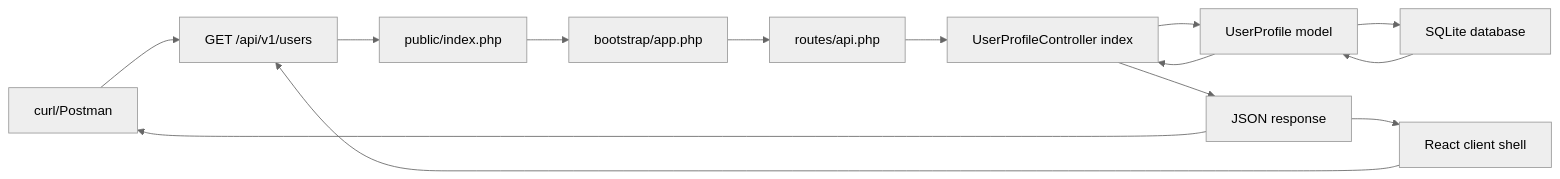
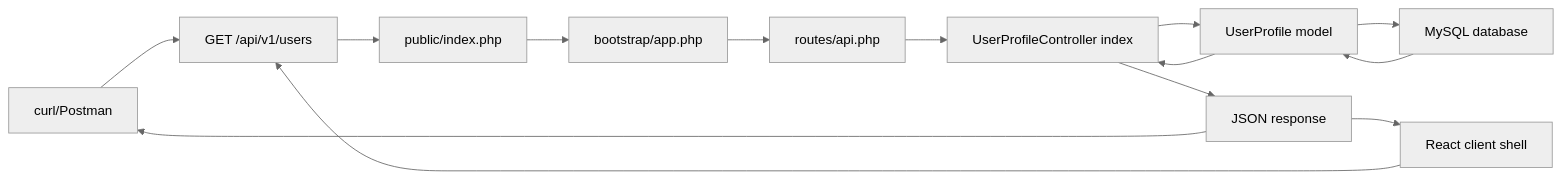
The diagram in training/day-1-laravel-api-foundations.md (habibtalib/laravel-api-tutorial), drawn with Mermaid (neutral theme) before and after one commit. The commit also changed other lines of this file, not shown here.

````diff
--- a/training/day-1-laravel-api-foundations.md
+++ b/training/day-1-laravel-api-foundations.md
@@ -45,16 +45,16 @@
 ```mermaid
 flowchart LR
     Client["curl/Postman"] --> Request["GET /api/v1/users"]
     React["React client shell"] --> Request
     Request --> Entry["public/index.php"]
     Entry --> Bootstrap["bootstrap/app.php"]
     Bootstrap --> Routes["routes/api.php"]
     Routes --> Controller["UserProfileController index"]
     Controller --> Model["UserProfile model"]
-    Model --> Database["SQLite database"]
+    Model --> Database["MySQL database"]
     Database --> Model
     Model --> Controller
     Controller --> Response["JSON response"]
     Response --> Client
     Response --> React
 ```
````
